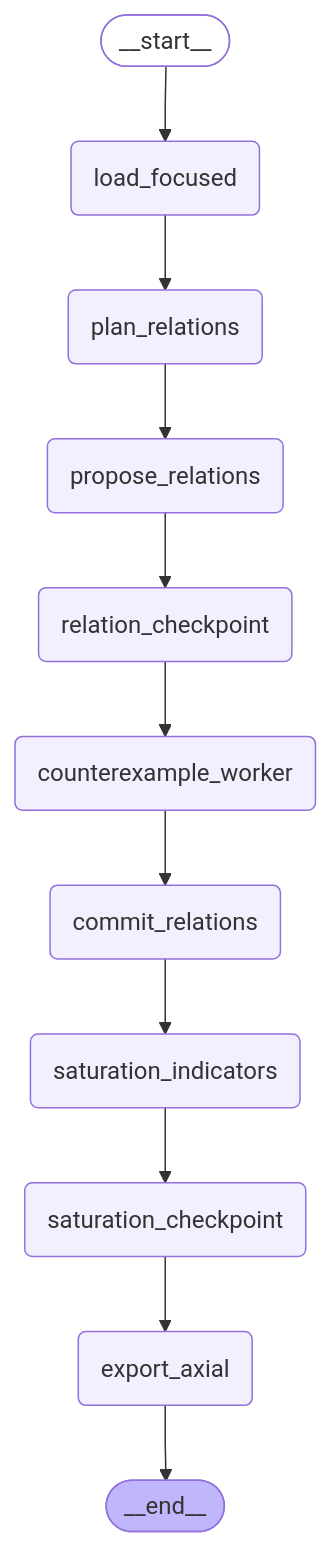
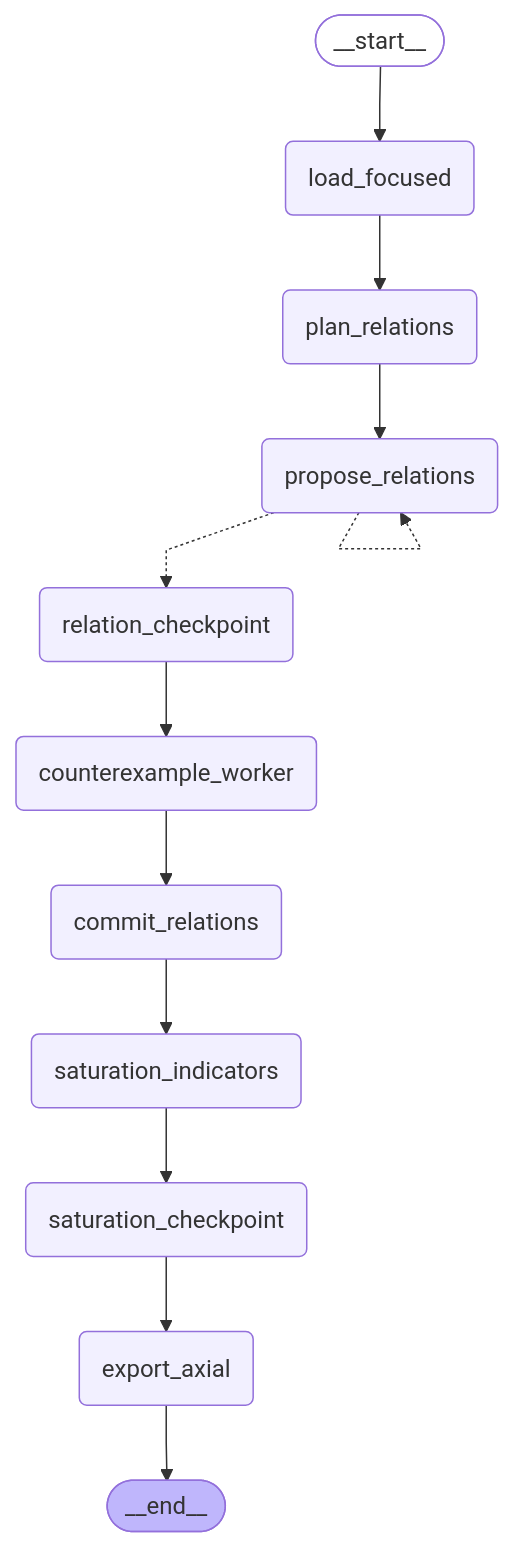
The third of 4 diagrams in README.md (davidscassell/automated-grounded-theory), drawn with Mermaid before and after one commit. The commit also changed other lines of this file and 31 other files, not shown here.

````diff
--- a/README.md
+++ b/README.md
@@ -161,32 +161,33 @@
 ```mermaid
 ---
 config:
   flowchart:
     curve: linear
 ---
 graph TD;
 	__start__([<p>__start__</p>]):::first
 	load_focused(load_focused)
 	plan_relations(plan_relations)
 	propose_relations(propose_relations)
 	relation_checkpoint(relation_checkpoint)
 	counterexample_worker(counterexample_worker)
 	commit_relations(commit_relations)
 	saturation_indicators(saturation_indicators)
 	saturation_checkpoint(saturation_checkpoint)
 	export_axial(export_axial)
 	__end__([<p>__end__</p>]):::last
 	__start__ --> load_focused;
 	commit_relations --> saturation_indicators;
 	counterexample_worker --> commit_relations;
 	load_focused --> plan_relations;
 	plan_relations --> propose_relations;
-	propose_relations --> relation_checkpoint;
+	propose_relations -.-> relation_checkpoint;
 	relation_checkpoint --> counterexample_worker;
 	saturation_checkpoint --> export_axial;
 	saturation_indicators --> saturation_checkpoint;
 	export_axial --> __end__;
+	propose_relations -.-> propose_relations;
 	classDef default fill:#f2f0ff,line-height:1.2
 	classDef first fill-opacity:0
 	classDef last fill:#bfb6fc
 ```
````
